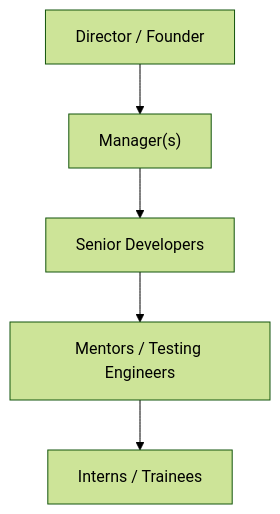
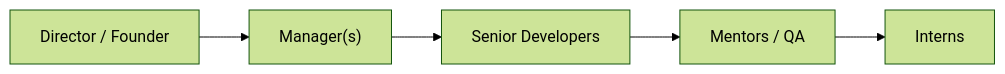
The diagram in CIE 1 Presentation.md (kotresh75/temp), drawn with Mermaid (forest theme) before and after one commit. The commit also changed other lines of this file and 1 other file, not shown here.

Commit message:
docs: update slide headers and change mermaid diagrams to horizontal layout

````diff
--- a/CIE 1 Presentation.md
+++ b/CIE 1 Presentation.md
@@ -35,7 +35,7 @@
 ```mermaid
-graph TD
+graph LR
     A["Director / Founder"] --> B["Manager(s)"]
     B --> C["Senior Developers"]
-    C --> D["Mentors / Testing Engineers"]
-    D --> E["Interns / Trainees"]
+    C --> D["Mentors / QA"]
+    D --> E["Interns"]
 ```
````
